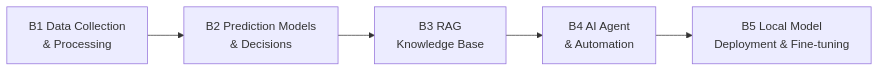
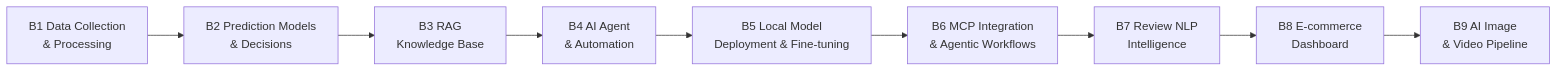
The second of 2 diagrams in en/README.md (kangise/CBEC-AI-Hub), drawn with Mermaid before and after one commit. The commit also changed other lines of this file, not shown here.

````diff
--- a/en/README.md
+++ b/en/README.md
@@ -206,7 +216,11 @@
 ```mermaid
 flowchart LR
     B1["B1 Data Collection\n& Processing"] --> B2["B2 Prediction Models\n& Decisions"]
     B2 --> B3["B3 RAG\nKnowledge Base"]
     B3 --> B4["B4 AI Agent\n& Automation"]
     B4 --> B5["B5 Local Model\nDeployment & Fine-tuning"]
+    B5 --> B6["B6 MCP Integration\n& Agentic Workflows"]
+    B6 --> B7["B7 Review NLP\nIntelligence"]
+    B7 --> B8["B8 E-commerce\nDashboard"]
+    B8 --> B9["B9 AI Image\n& Video Pipeline"]
 ```
````
